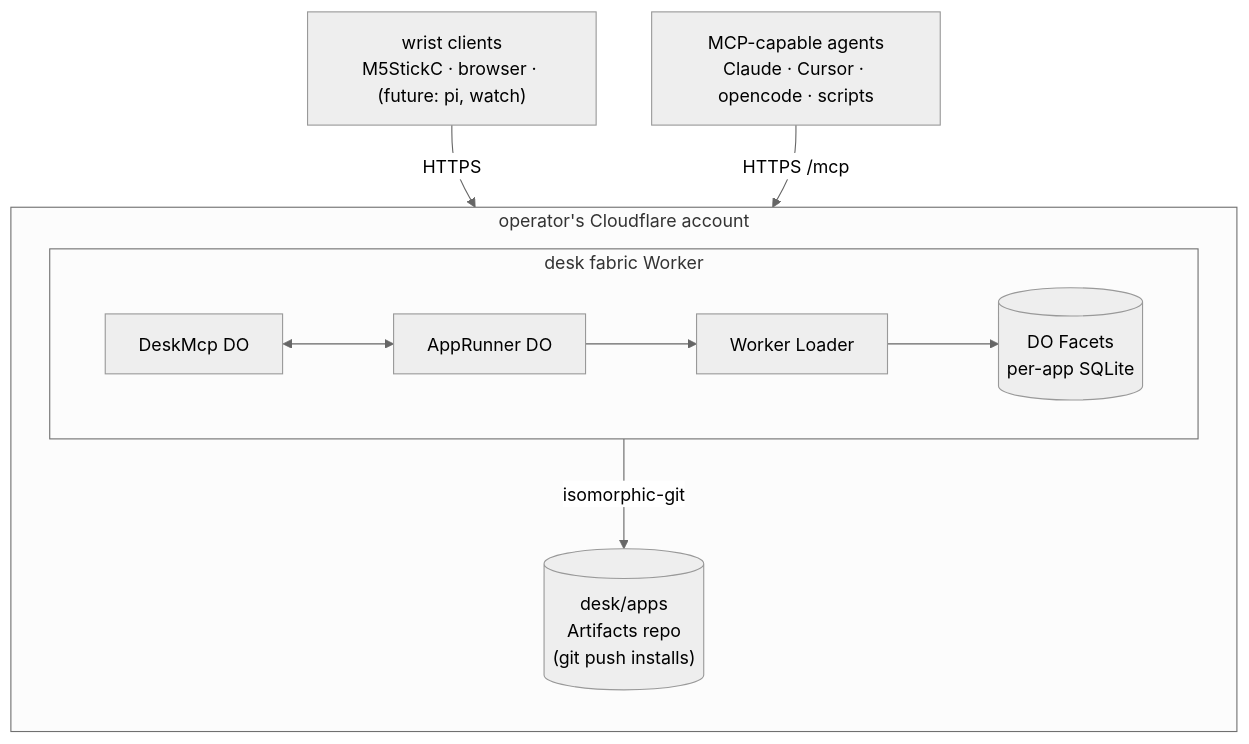
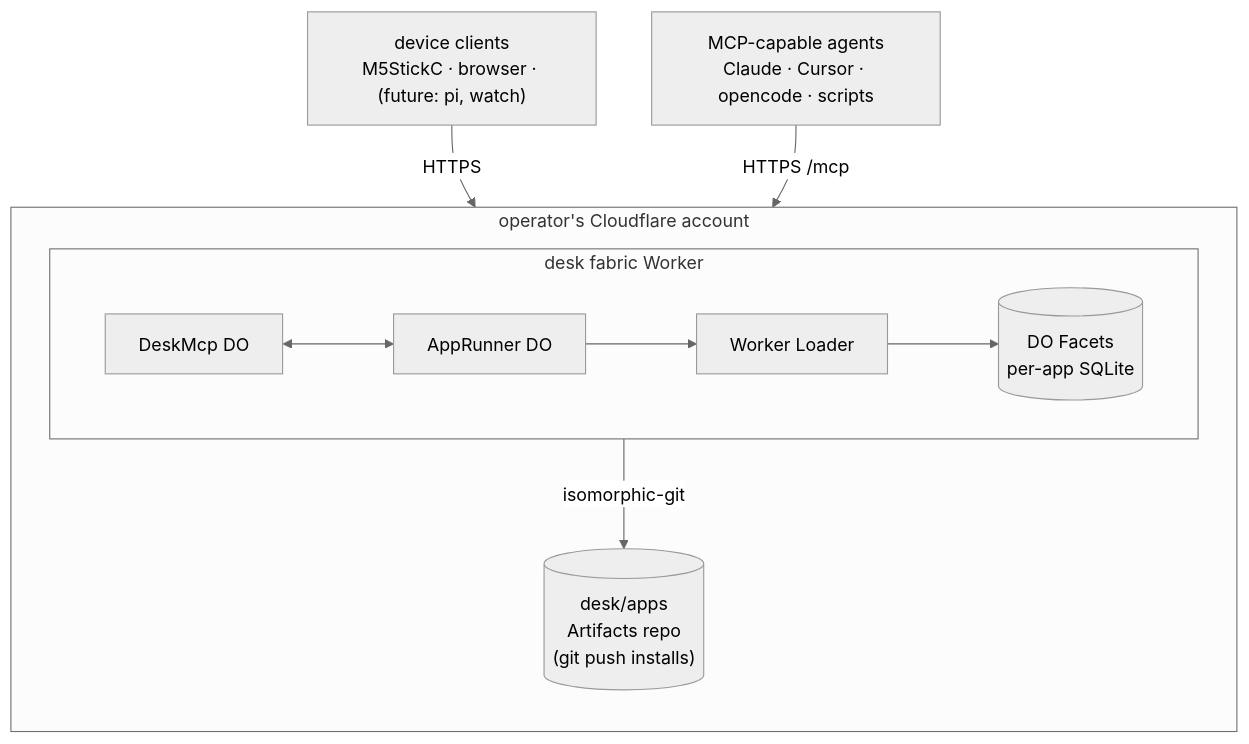
The diagram in docs/explanation/architecture.md (acoyfellow/desk), drawn with Mermaid (neutral theme) before and after one commit. The commit also changed other lines of this file and 22 other files, not shown here.

````diff
--- a/docs/explanation/architecture.md
+++ b/docs/explanation/architecture.md
@@ -31,24 +31,24 @@
 ```mermaid
 flowchart TB
   subgraph cf["operator's Cloudflare account"]
     direction TB
     subgraph fabric["desk fabric Worker"]
       direction LR
       mcp["DeskMcp DO"]
       runner["AppRunner DO"]
       loader["Worker Loader"]
       facets[("DO Facets<br/>per-app SQLite")]
       mcp <--> runner
       runner --> loader
       loader --> facets
     end
     repo[("desk/apps<br/>Artifacts repo<br/>(git push installs)")]
     fabric -- isomorphic-git --> repo
   end
 
-  wrist["wrist clients<br/>M5StickC · browser · (future: pi, watch)"]
+  device["device clients<br/>M5StickC · browser · (future: pi, watch)"]
   agents["MCP-capable agents<br/>Claude · Cursor · opencode · scripts"]
 
-  wrist -- HTTPS --> fabric
+  device -- HTTPS --> fabric
   agents -- HTTPS /mcp --> fabric
 ```
````
